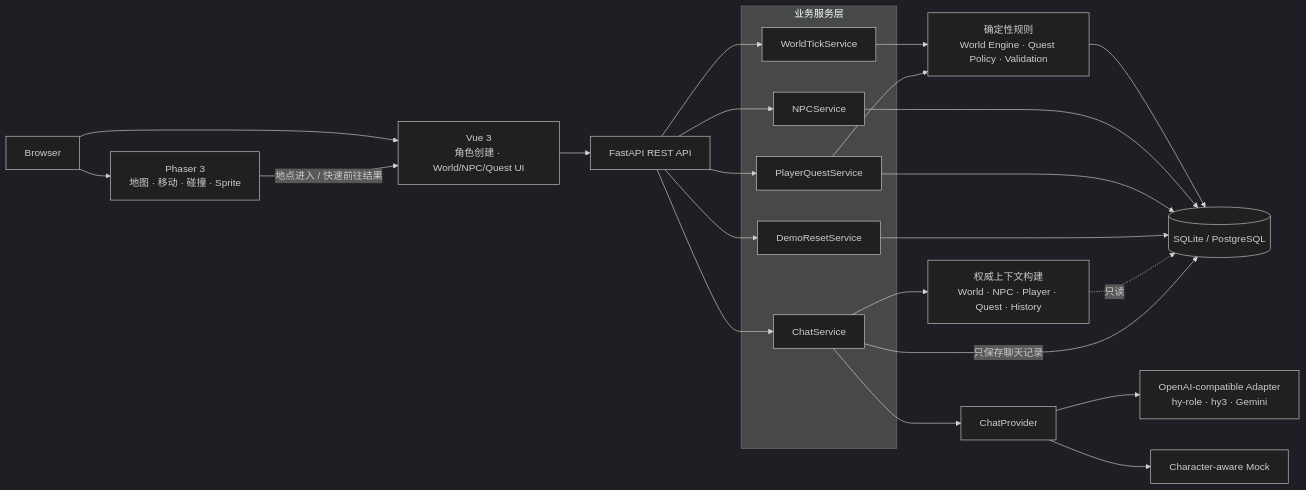
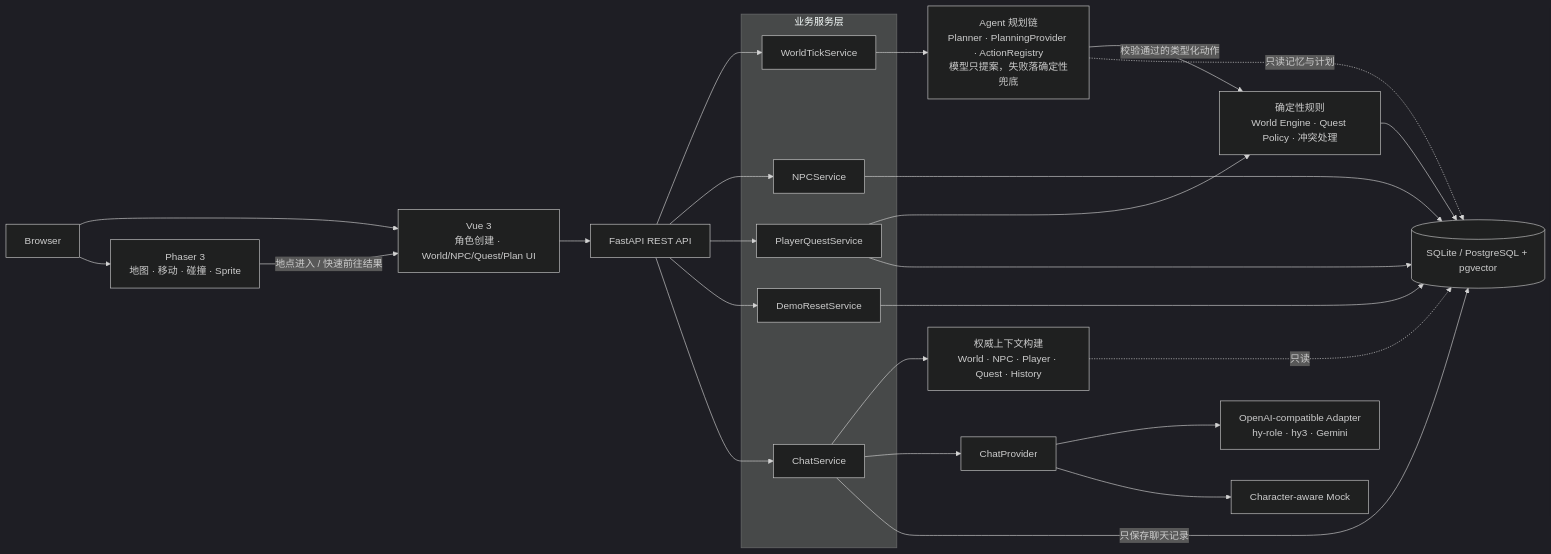
One commit to DavidYz1/Aleria_AI_Town changed the second of 2 diagrams in README.md. Above: the diagram before and after it, drawn with Mermaid (dark theme). The commit also changed other lines of this file and 5 other files, not shown here.

````diff
--- a/README.md
+++ b/README.md
@@ -347,38 +369,42 @@
 ```mermaid
 flowchart LR
     Browser["Browser"]
-    Vue["Vue 3<br/>角色创建 · World/NPC/Quest UI"]
+    Vue["Vue 3<br/>角色创建 · World/NPC/Quest/Plan UI"]
     Phaser["Phaser 3<br/>地图 · 移动 · 碰撞 · Sprite"]
     API["FastAPI REST API"]
 
     subgraph Services["业务服务层"]
         WorldService["WorldTickService"]
         NPCService["NPCService"]
         QuestService["PlayerQuestService"]
         ChatService["ChatService"]
         ResetService["DemoResetService"]
     end
 
-    Rules["确定性规则<br/>World Engine · Quest Policy · Validation"]
+    AgentLoop["Agent 规划链<br/>Planner · PlanningProvider · ActionRegistry<br/>模型只提案，失败落确定性兜底"]
+    Rules["确定性规则<br/>World Engine · Quest Policy · 冲突处理"]
     Context["权威上下文构建<br/>World · NPC · Player · Quest · History"]
     Provider["ChatProvider"]
     Compatible["OpenAI-compatible Adapter<br/>hy-role · hy3 · Gemini"]
     Mock["Character-aware Mock"]
-    SQLite[("SQLite / PostgreSQL")]
+    SQLite[("SQLite / PostgreSQL + pgvector")]
 
     Browser --> Vue
     Browser --> Phaser
     Phaser -->|地点进入 / 快速前往结果| Vue
     Vue --> API
-    API --> WorldService --> Rules --> SQLite
+    API --> WorldService --> AgentLoop
+    AgentLoop -->|校验通过的类型化动作| Rules
+    Rules --> SQLite
+    AgentLoop -.只读记忆与计划.-> SQLite
     API --> NPCService --> SQLite
     API --> QuestService --> Rules
     QuestService --> SQLite
     API --> ResetService --> SQLite
     API --> ChatService --> Context
     Context -.只读.-> SQLite
     ChatService --> Provider
     Provider --> Compatible
     Provider --> Mock
     ChatService -->|只保存聊天记录| SQLite
 ```
````
